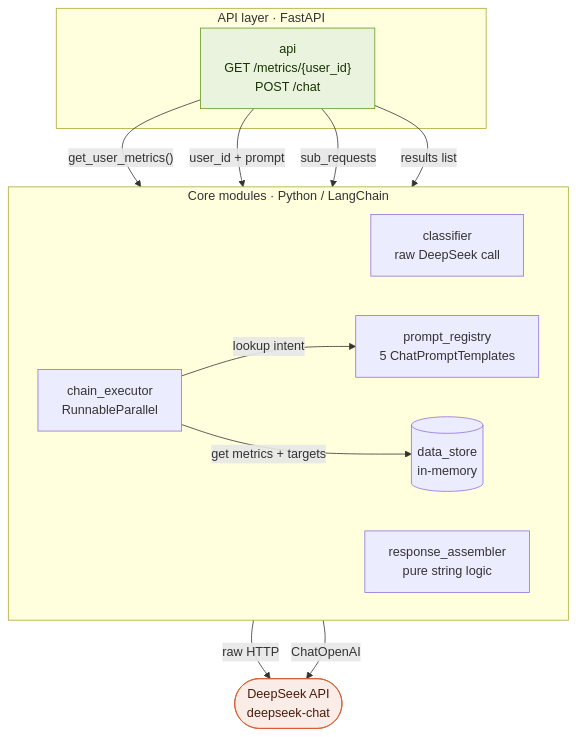
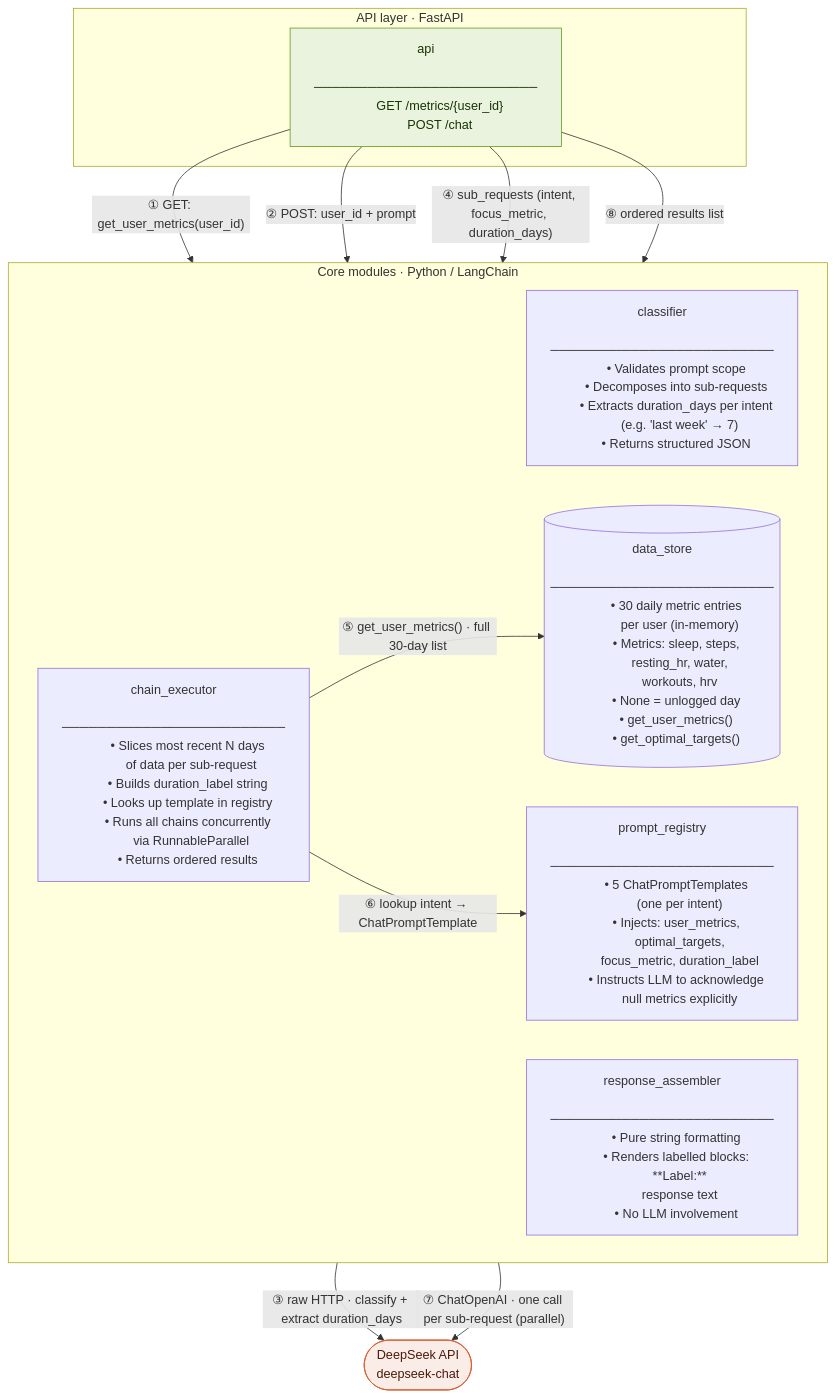
Before and after one commit to ajitgoel/hackathon-safeway: the diagram in docs/component-diagram.md, drawn with Mermaid. The commit also changed other lines of this file and 3 other files, not shown here.

````diff
--- a/docs/component-diagram.md
+++ b/docs/component-diagram.md
@@ -1,39 +1,74 @@
 ```mermaid
 flowchart TB
     subgraph API_LAYER["API layer · FastAPI"]
         API["api
+        ─────────────────────────
         GET /metrics/{user_id}
         POST /chat"]
     end
 
     subgraph CORE["Core modules · Python / LangChain"]
         direction LR
         CL["classifier
-        raw DeepSeek call"]
+        ─────────────────────────
+        • Validates prompt scope
+        • Decomposes into sub-requests
+        • Extracts duration_days per intent
+          (e.g. 'last week' → 7)
+        • Returns structured JSON"]
+
         PR["prompt_registry
-        5 ChatPromptTemplates"]
+        ─────────────────────────
+        • 5 ChatPromptTemplates
+          (one per intent)
+        • Injects: user_metrics,
+          optimal_targets,
+          focus_metric, duration_label
+        • Instructs LLM to acknowledge
+          null metrics explicitly"]
+
         CE["chain_executor
-        RunnableParallel"]
+        ─────────────────────────
+        • Slices most recent N days
+          of data per sub-request
+        • Builds duration_label string
+        • Looks up template in registry
+        • Runs all chains concurrently
+          via RunnableParallel
+        • Returns ordered results"]
+
         RA["response_assembler
-        pure string logic"]
+        ─────────────────────────
+        • Pure string formatting
+        • Renders labelled blocks:
+          **Label:**
+          response text
+        • No LLM involvement"]
+
         DS[("data_store
-        in-memory")]
+        ─────────────────────────
+        • 30 daily metric entries
+          per user (in-memory)
+        • Metrics: sleep, steps,
+          resting_hr, water,
+          workouts, hrv
+        • None = unlogged day
+        • get_user_metrics()
+        • get_optimal_targets()")]
     end
 
     EXT(["DeepSeek API
     deepseek-chat"])
 
-    API -->|"get_user_metrics()"| DS
-    API -->|"user_id + prompt"| CL
-    API -->|"sub_requests"| CE
-    API -->|"results list"| RA
-
-    CL -->|"raw HTTP"| EXT
-
-    CE -->|"lookup intent"| PR
-    CE -->|"get metrics + targets"| DS
-    CE -->|"ChatOpenAI"| EXT
+    API -->|"① GET: get_user_metrics(user_id)"| DS
+    API -->|"② POST: user_id + prompt"| CL
+    CL -->|"③ raw HTTP · classify + extract duration_days"| EXT
+    API -->|"④ sub_requests (intent, focus_metric, duration_days)"| CE
+    CE -->|"⑤ get_user_metrics() · full 30-day list"| DS
+    CE -->|"⑥ lookup intent → ChatPromptTemplate"| PR
+    CE -->|"⑦ ChatOpenAI · one call per sub-request (parallel)"| EXT
+    API -->|"⑧ ordered results list"| RA
 
     style EXT fill:#FAECE7,stroke:#D85A30,color:#4A1B0C
     style API fill:#EAF3DE,stroke:#639922,color:#173404
 ```
````
